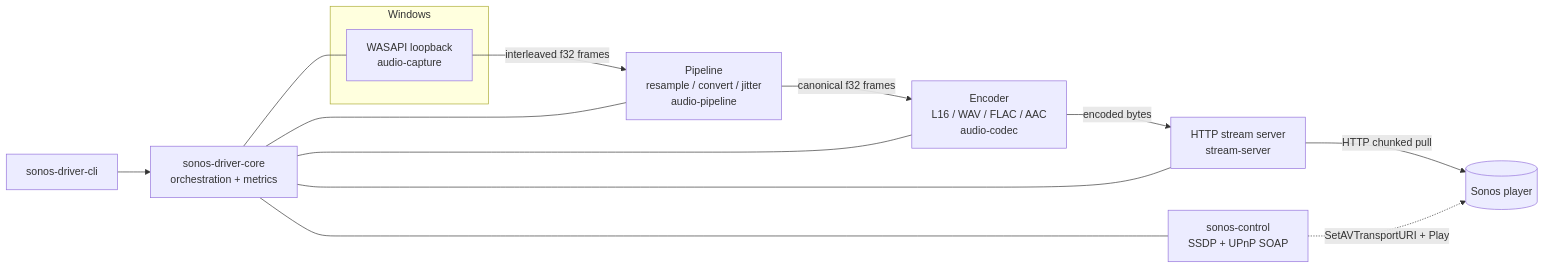
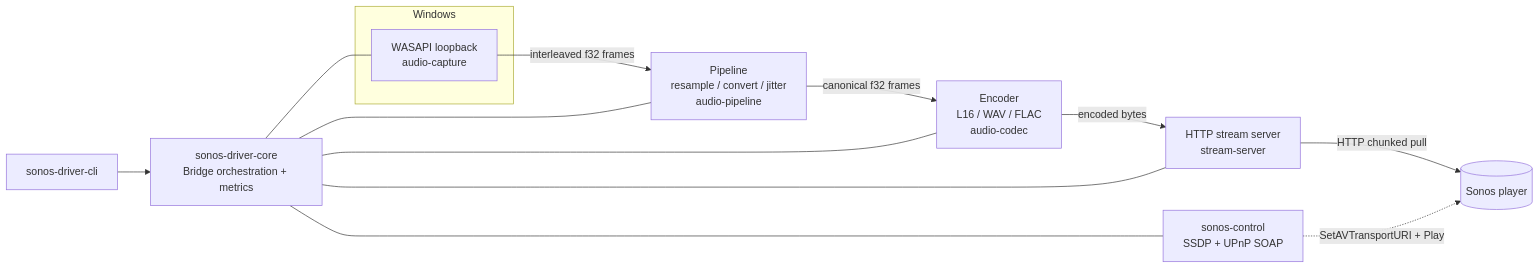
The first of 2 diagrams in docs/ARCHITECTURE.md (NikoMix/sonos-driver), drawn with Mermaid before and after one commit. The commit also changed other lines of this file and 1 other file, not shown here.

First line of the commit message:
docs: finalize README and architecture for v0.1.0

````diff
--- a/docs/ARCHITECTURE.md
+++ b/docs/ARCHITECTURE.md
@@ -32,18 +33,18 @@
 ```mermaid
 flowchart LR
     subgraph Windows
         WAS[WASAPI loopback<br/>audio-capture]
     end
     WAS -->|interleaved f32 frames| PIPE[Pipeline<br/>resample / convert / jitter<br/>audio-pipeline]
-    PIPE -->|canonical f32 frames| ENC[Encoder<br/>L16 / WAV / FLAC / AAC<br/>audio-codec]
+    PIPE -->|canonical f32 frames| ENC[Encoder<br/>L16 / WAV / FLAC<br/>audio-codec]
     ENC -->|encoded bytes| SRV[HTTP stream server<br/>stream-server]
     SRV -->|HTTP chunked pull| SONOS[(Sonos player)]
 
     CTRL[sonos-control<br/>SSDP + UPnP SOAP] -. SetAVTransportURI + Play .-> SONOS
-    CORE[sonos-driver-core<br/>orchestration + metrics] --- WAS
+    CORE[sonos-driver-core<br/>Bridge orchestration + metrics] --- WAS
     CORE --- PIPE
     CORE --- ENC
     CORE --- SRV
     CORE --- CTRL
     CLI[sonos-driver-cli] --> CORE
 ```
````
